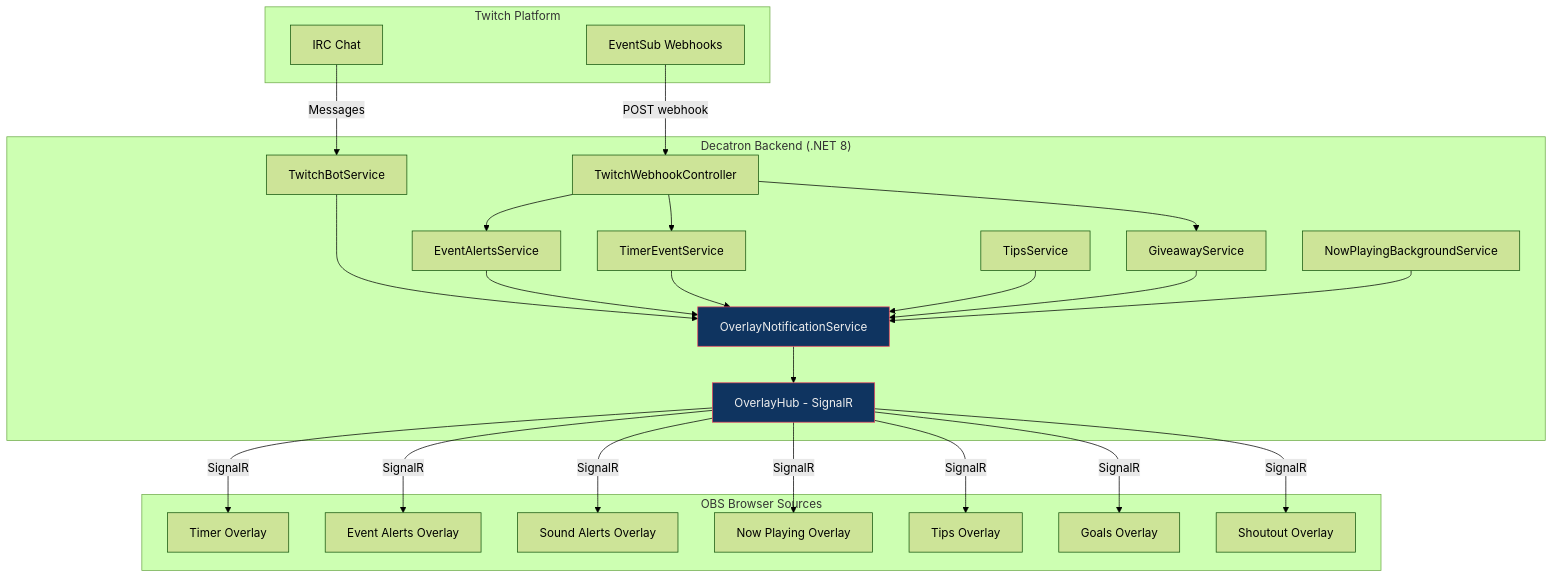
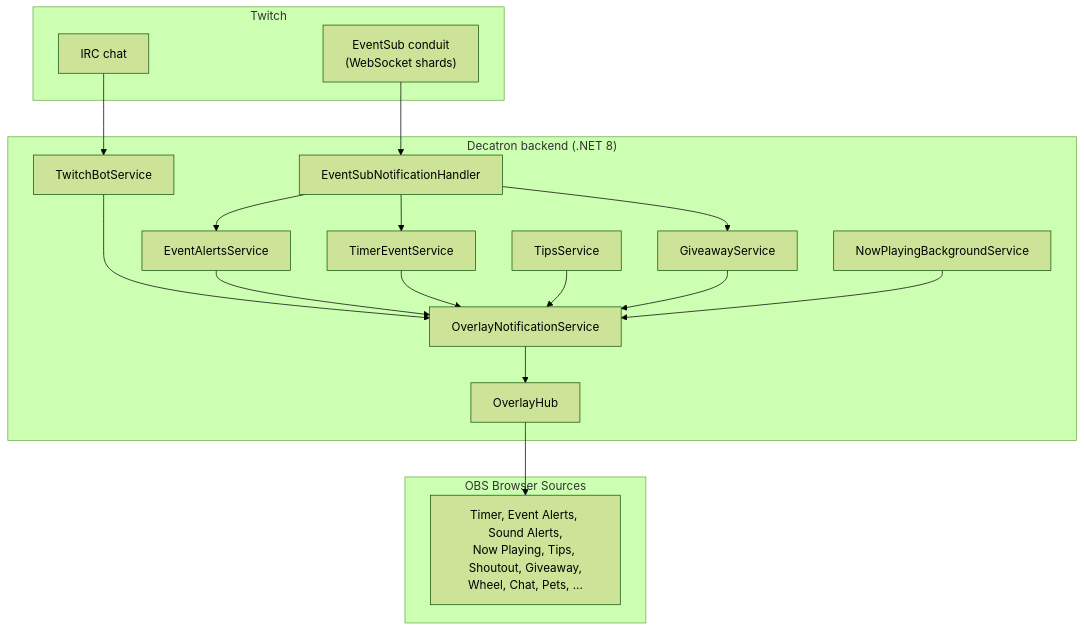
The third of 3 diagrams in docs/OVERLAYS.md (decatrondev/decatron), drawn with Mermaid (forest theme) before and after one commit. The commit also changed other lines of this file and 14 other files, not shown here.

Commit message:
Documentación de GitHub: docs/ revisados contra el código (EventSub por conduit, API pública v1, comandos, overlays, configuración, despliegue) y versión completa en español en docs/es

````diff
--- a/docs/OVERLAYS.md
+++ b/docs/OVERLAYS.md
@@ -640,53 +500,36 @@
 ```mermaid
 flowchart TB
-    subgraph Twitch["Twitch Platform"]
-        ES[EventSub Webhooks]
-        IRC[IRC Chat]
+    subgraph Twitch["Twitch"]
+        ES["EventSub conduit<br/>(WebSocket shards)"]
+        IRC["IRC chat"]
     end
 
-    subgraph Backend["Decatron Backend (.NET 8)"]
-        WH[TwitchWebhookController]
-        Bot[TwitchBotService]
-        EAS[EventAlertsService]
-        TES[TimerEventService]
-        TS[TipsService]
-        GS[GiveawayService]
-        NPS[NowPlayingBackgroundService]
-        ONS[OverlayNotificationService]
-        Hub[OverlayHub - SignalR]
+    subgraph Backend["Decatron backend (.NET 8)"]
+        Notif["EventSubNotificationHandler"]
+        Bot["TwitchBotService"]
+        EAS["EventAlertsService"]
+        TES["TimerEventService"]
+        TS["TipsService"]
+        GS["GiveawayService"]
+        NPS["NowPlayingBackgroundService"]
+        ONS["OverlayNotificationService"]
+        Hub["OverlayHub"]
     end
 
     subgraph Overlays["OBS Browser Sources"]
-        TO[Timer Overlay]
-        EAO[Event Alerts Overlay]
-        SAO[Sound Alerts Overlay]
-        NPO[Now Playing Overlay]
-        TPO[Tips Overlay]
-        GO[Goals Overlay]
-        SO[Shoutout Overlay]
+        O["Timer, Event Alerts, Sound Alerts,<br/>Now Playing, Tips, Shoutout, Giveaway,<br/>Wheel, Chat, Pets, ..."]
     end
 
-    ES -->|POST webhook| WH
-    IRC -->|Messages| Bot
-    WH --> EAS
-    WH --> TES
-    WH --> GS
+    ES --> Notif
+    IRC --> Bot
+    Notif --> EAS
+    Notif --> TES
+    Notif --> GS
     Bot --> ONS
     EAS --> ONS
     TES --> ONS
     TS --> ONS
     GS --> ONS
     NPS --> ONS
-    ONS --> Hub
-
-    Hub -->|SignalR| TO
-    Hub -->|SignalR| EAO
-    Hub -->|SignalR| SAO
-    Hub -->|SignalR| NPO
-    Hub -->|SignalR| TPO
-    Hub -->|SignalR| GO
-    Hub -->|SignalR| SO
-
-    style ONS fill:#0f3460,stroke:#e94560,color:#eee
-    style Hub fill:#0f3460,stroke:#e94560,color:#eee
+    ONS --> Hub --> O
 ```
````
